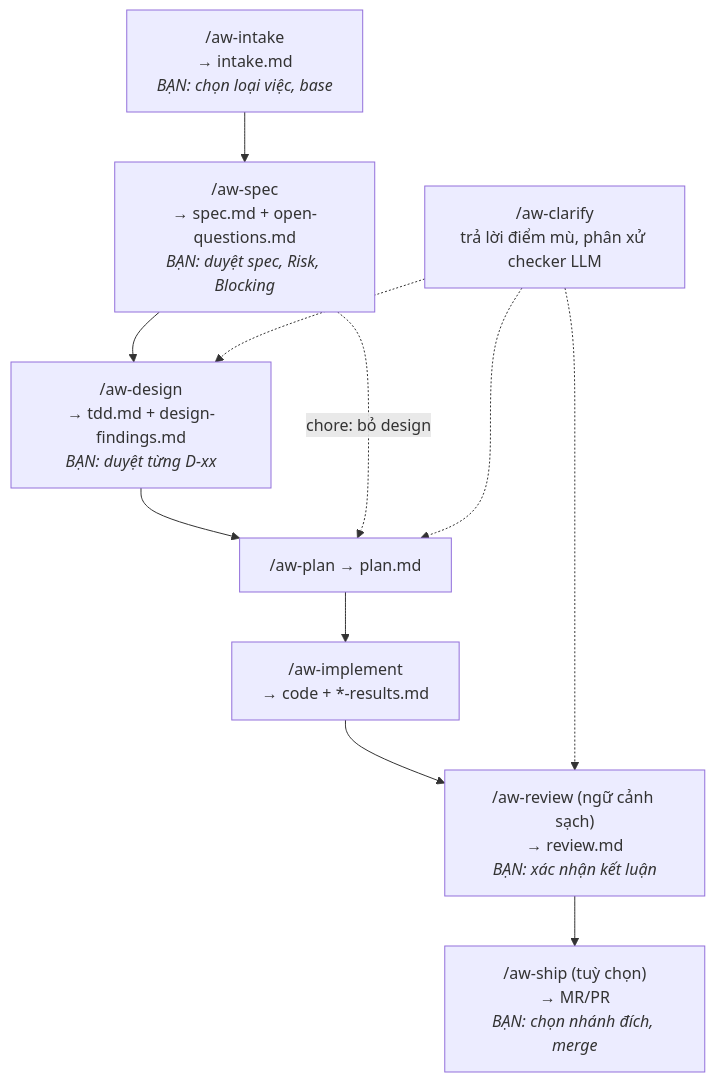
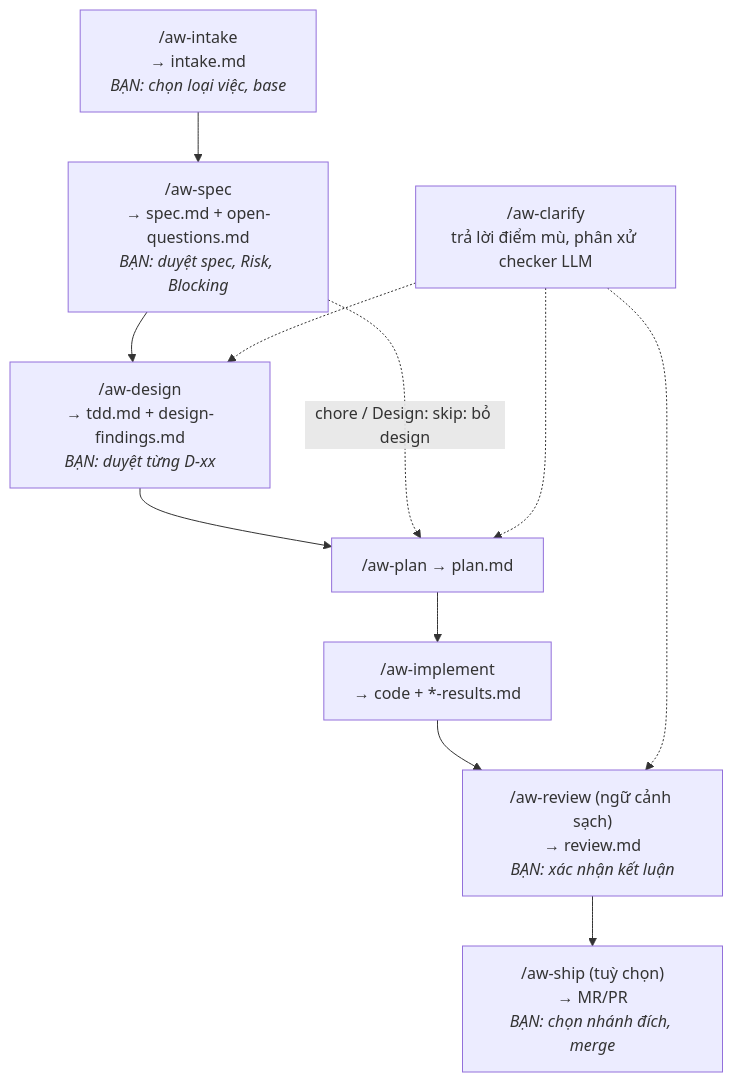
The diagram in docs/huong-dan.md (dangminhphuc/agent-workflow), drawn with Mermaid before and after one commit. The commit also changed other lines of this file and 22 other files, not shown here.

First line of the commit message:
feat: bugfix/refactor nhỏ bỏ được phase design (Design: skip), thêm bảng thuật ngữ

````diff
--- a/docs/huong-dan.md
+++ b/docs/huong-dan.md
@@ -59,17 +75,17 @@
 ```mermaid
 flowchart TD
     INTAKE["/aw-intake<br/>→ intake.md<br/><i>BẠN: chọn loại việc, base</i>"]
     SPEC["/aw-spec<br/>→ spec.md + open-questions.md<br/><i>BẠN: duyệt spec, Risk, Blocking</i>"]
     CLARIFY["/aw-clarify<br/>trả lời điểm mù, phân xử checker LLM"]
     DESIGN["/aw-design<br/>→ tdd.md + design-findings.md<br/><i>BẠN: duyệt từng D-xx</i>"]
     PLAN["/aw-plan → plan.md"]
     IMPL["/aw-implement<br/>→ code + *-results.md"]
     REVIEW["/aw-review (ngữ cảnh sạch)<br/>→ review.md<br/><i>BẠN: xác nhận kết luận</i>"]
     SHIP["/aw-ship (tuỳ chọn)<br/>→ MR/PR<br/><i>BẠN: chọn nhánh đích, merge</i>"]
 
     INTAKE --> SPEC --> DESIGN --> PLAN --> IMPL --> REVIEW --> SHIP
-    SPEC -. "chore: bỏ design" .-> PLAN
+    SPEC -. "chore / Design: skip: bỏ design" .-> PLAN
     CLARIFY -.-> DESIGN
     CLARIFY -.-> PLAN
     CLARIFY -.-> REVIEW
 ```
````
